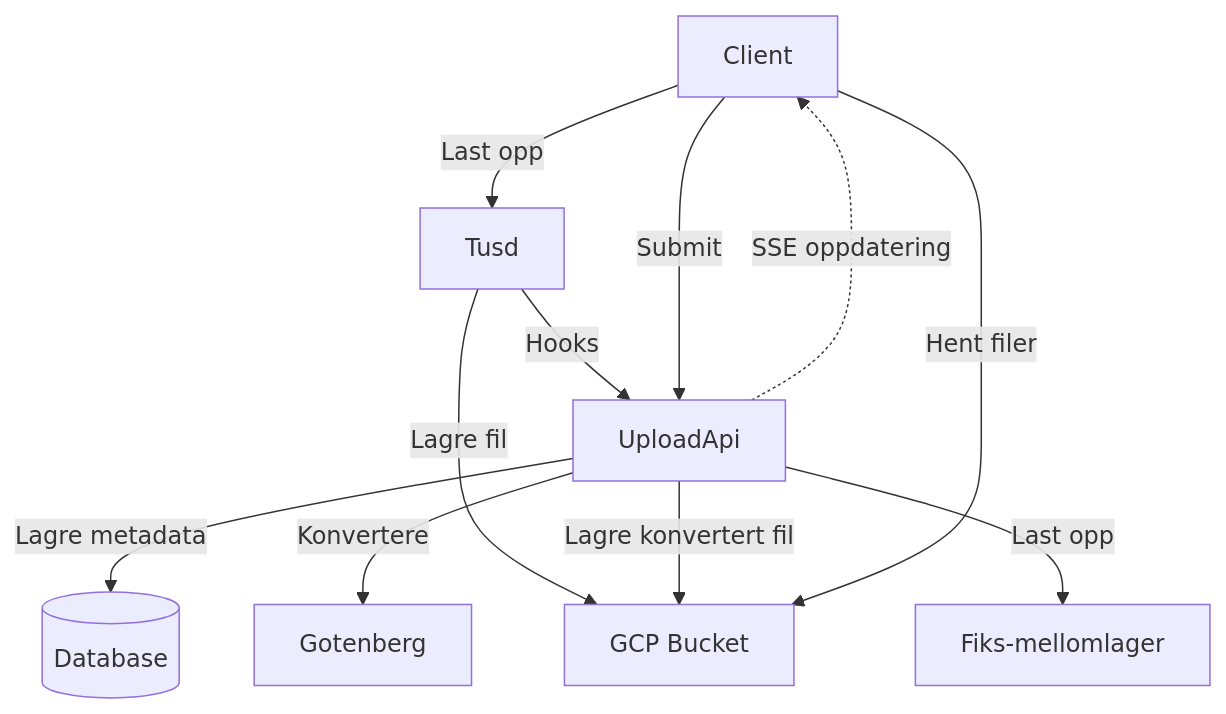
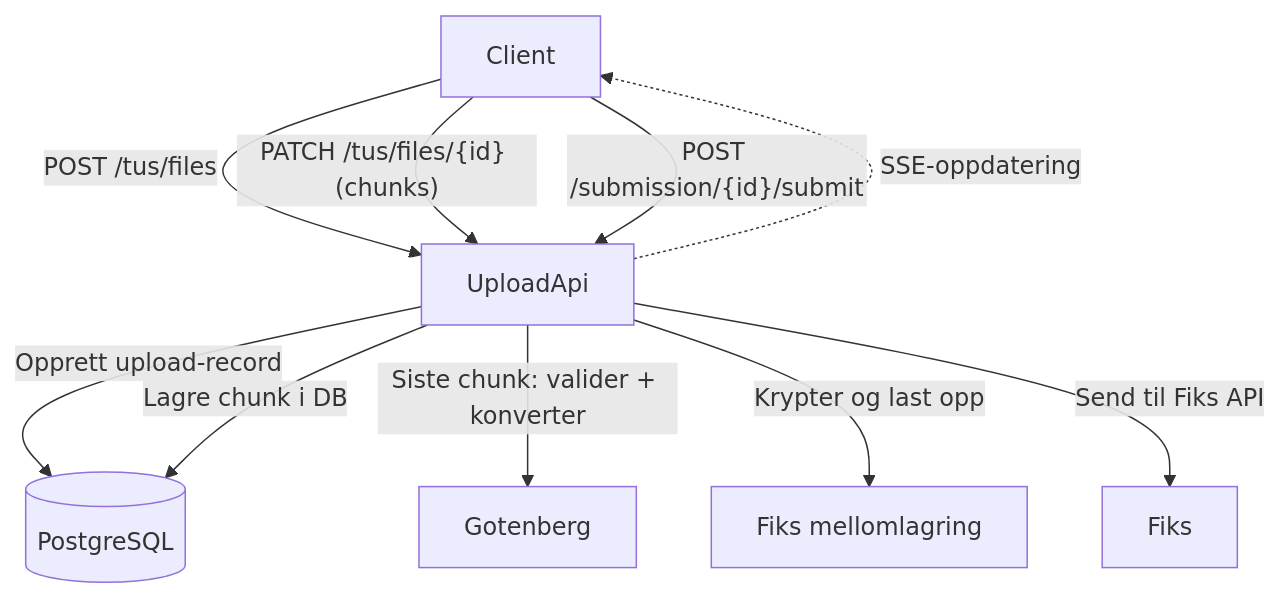
Before and after one commit to navikt/sosialhjelp-upload: the diagram in README.md, drawn with Mermaid. The commit also changed other lines of this file and 34 other files, not shown here.

````diff
--- a/README.md
+++ b/README.md
@@ -73,16 +14,16 @@
 ```mermaid
-flowchart
-    fs[GCP Bucket]
-    db[(Database)]
+flowchart TD
     app[Client]
-    app -- Last opp --> Tusd
-    Tusd -- Hooks --> UploadApi
-    UploadApi -- Lagre metadata --> db
-    Tusd -- Lagre fil --> fs
-    UploadApi -- Konvertere --> Gotenberg
-    UploadApi -- Lagre konvertert fil --> fs
-    UploadApi -. SSE oppdatering .-> app
-    app -- Hent filer --> fs
-    app -- Submit --> UploadApi
-    UploadApi -- Last opp --> Fiks-mellomlager
+    db[(PostgreSQL)]
+    mellomlager[Fiks mellomlagring]
+
+    app -- "POST /tus/files" --> UploadApi
+    UploadApi -- "Opprett upload-record" --> db
+    app -- "PATCH /tus/files/{id} (chunks)" --> UploadApi
+    UploadApi -- "Lagre chunk i DB" --> db
+    UploadApi -- "Siste chunk: valider + konverter" --> Gotenberg
+    UploadApi -- "Krypter og last opp" --> mellomlager
+    UploadApi -. "SSE-oppdatering" .-> app
+    app -- "POST /submission/{id}/submit" --> UploadApi
+    UploadApi -- "Send til Fiks API" --> Fiks
 ```
````
